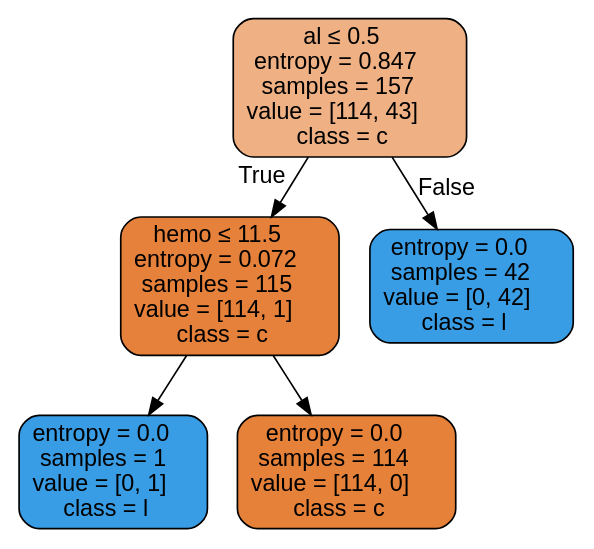
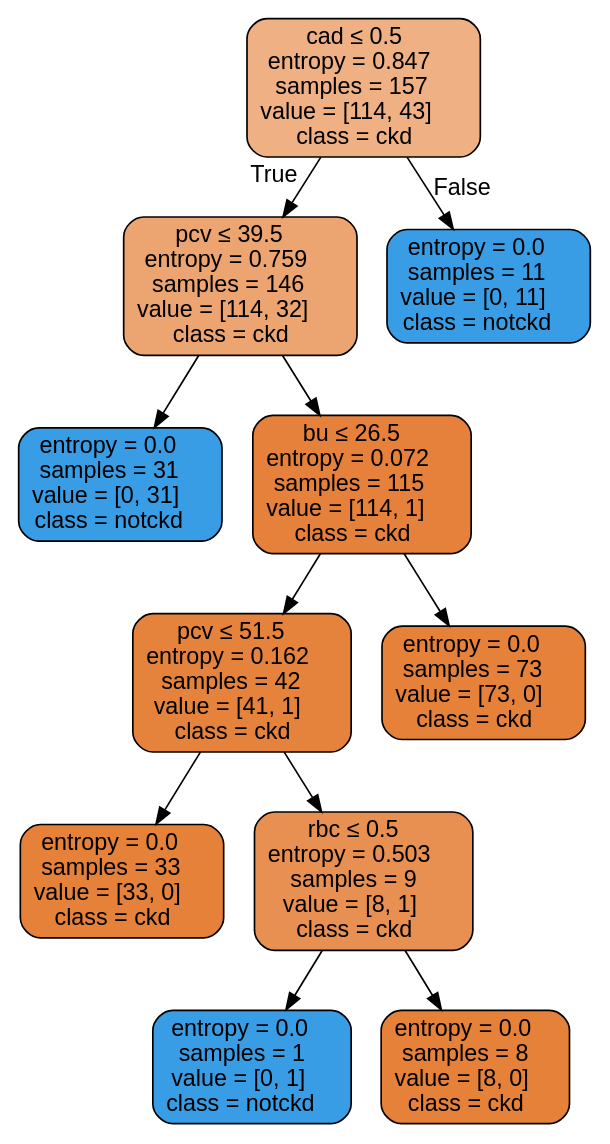
Before and after one commit to nisimatteo834/health: the diagram in Lab2/Tree.dot, drawn with Graphviz. The commit also changed 27 other files, not shown here.

```diff
--- a/Lab2/Tree.dot
+++ b/Lab2/Tree.dot
@@ -1,13 +1,25 @@
 digraph Tree {
 node [shape=box, style="filled, rounded", color="black", fontname=helvetica] ;
 edge [fontname=helvetica] ;
-0 [label=<al &le; 0.5<br/>entropy = 0.847<br/>samples = 157<br/>value = [114, 43]<br/>class = c>, fillcolor="#e581399f"] ;
-1 [label=<hemo &le; 11.5<br/>entropy = 0.072<br/>samples = 115<br/>value = [114, 1]<br/>class = c>, fillcolor="#e58139fd"] ;
+0 [label=<cad &le; 0.5<br/>entropy = 0.847<br/>samples = 157<br/>value = [114, 43]<br/>class = ckd>, fillcolor="#e581399f"] ;
+1 [label=<pcv &le; 39.5<br/>entropy = 0.759<br/>samples = 146<br/>value = [114, 32]<br/>class = ckd>, fillcolor="#e58139b7"] ;
 0 -> 1 [labeldistance=2.5, labelangle=45, headlabel="True"] ;
-2 [label=<entropy = 0.0<br/>samples = 1<br/>value = [0, 1]<br/>class = l>, fillcolor="#399de5ff"] ;
+2 [label=<entropy = 0.0<br/>samples = 31<br/>value = [0, 31]<br/>class = notckd>, fillcolor="#399de5ff"] ;
 1 -> 2 ;
-3 [label=<entropy = 0.0<br/>samples = 114<br/>value = [114, 0]<br/>class = c>, fillcolor="#e58139ff"] ;
+3 [label=<bu &le; 26.5<br/>entropy = 0.072<br/>samples = 115<br/>value = [114, 1]<br/>class = ckd>, fillcolor="#e58139fd"] ;
 1 -> 3 ;
-4 [label=<entropy = 0.0<br/>samples = 42<br/>value = [0, 42]<br/>class = l>, fillcolor="#399de5ff"] ;
-0 -> 4 [labeldistance=2.5, labelangle=-45, headlabel="False"] ;
+4 [label=<pcv &le; 51.5<br/>entropy = 0.162<br/>samples = 42<br/>value = [41, 1]<br/>class = ckd>, fillcolor="#e58139f9"] ;
+3 -> 4 ;
+5 [label=<entropy = 0.0<br/>samples = 33<br/>value = [33, 0]<br/>class = ckd>, fillcolor="#e58139ff"] ;
+4 -> 5 ;
+6 [label=<rbc &le; 0.5<br/>entropy = 0.503<br/>samples = 9<br/>value = [8, 1]<br/>class = ckd>, fillcolor="#e58139df"] ;
+4 -> 6 ;
+7 [label=<entropy = 0.0<br/>samples = 1<br/>value = [0, 1]<br/>class = notckd>, fillcolor="#399de5ff"] ;
+6 -> 7 ;
+8 [label=<entropy = 0.0<br/>samples = 8<br/>value = [8, 0]<br/>class = ckd>, fillcolor="#e58139ff"] ;
+6 -> 8 ;
+9 [label=<entropy = 0.0<br/>samples = 73<br/>value = [73, 0]<br/>class = ckd>, fillcolor="#e58139ff"] ;
+3 -> 9 ;
+10 [label=<entropy = 0.0<br/>samples = 11<br/>value = [0, 11]<br/>class = notckd>, fillcolor="#399de5ff"] ;
+0 -> 10 [labeldistance=2.5, labelangle=-45, headlabel="False"] ;
 }
```
